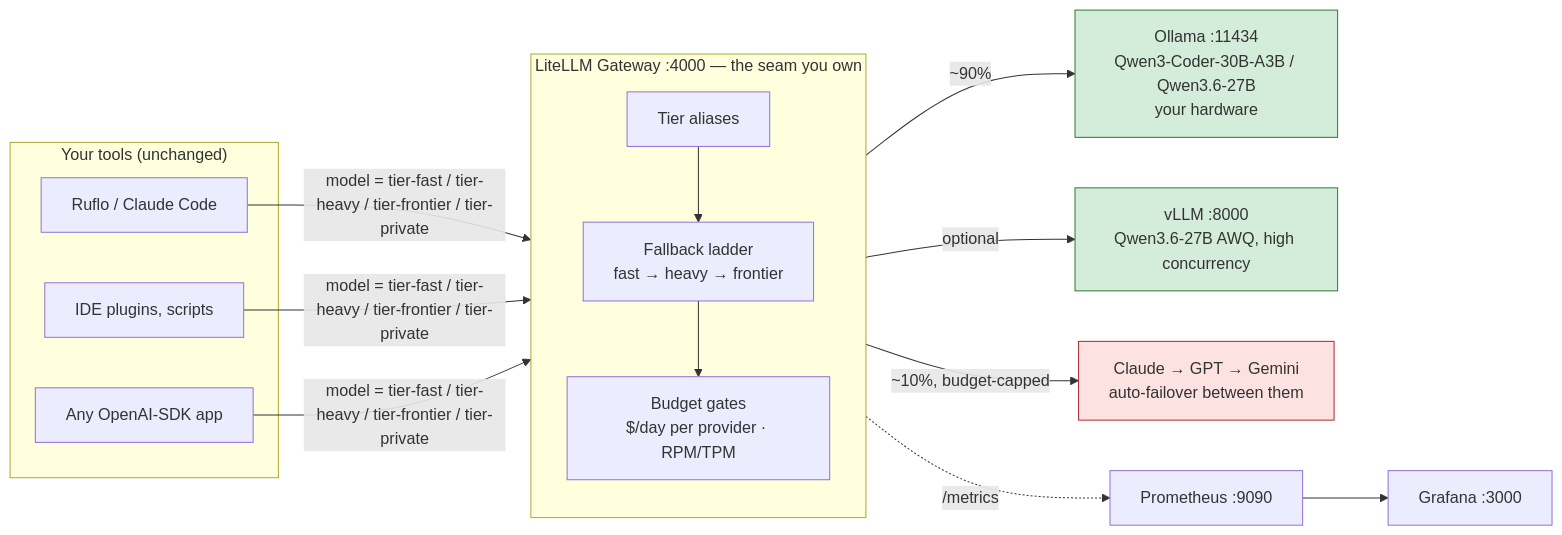
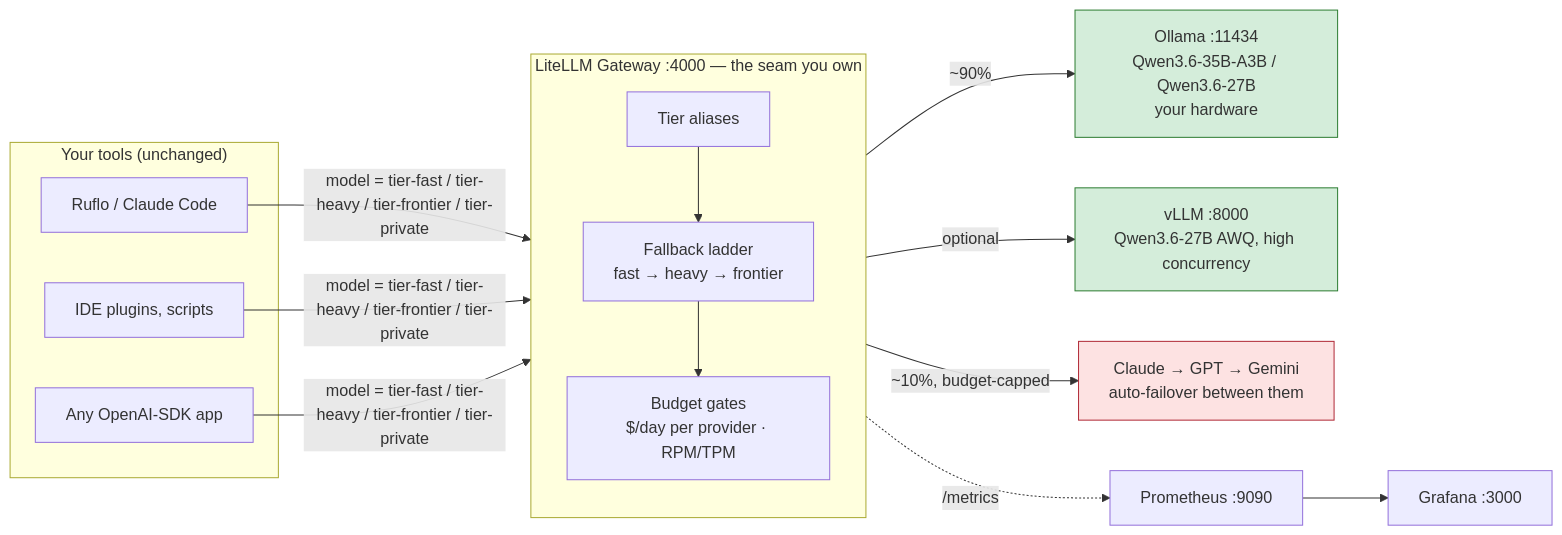
The first of 2 diagrams in docs/archive/GUIDE.md (agentic-incubator/ruflo-local), drawn with Mermaid before and after one commit. The commit also changed other lines of this file and 107 other files, not shown here.

````diff
--- a/docs/archive/GUIDE.md
+++ b/docs/archive/GUIDE.md
@@ -24,25 +24,25 @@
 ```mermaid
 flowchart LR
     subgraph CLIENTS["Your tools (unchanged)"]
         C1[Ruflo / Claude Code]
         C2[IDE plugins, scripts]
         C3[Any OpenAI-SDK app]
     end
 
     C1 & C2 & C3 -->|"model = tier-fast / tier-heavy / tier-frontier / tier-private"| GW
 
     subgraph GW["LiteLLM Gateway :4000 — the seam you own"]
         AL["Tier aliases"] --> FB["Fallback ladder<br/>fast → heavy → frontier"]
         FB --> BG["Budget gates<br/>$/day per provider · RPM/TPM"]
     end
 
-    GW -->|"~90%"| L1["Ollama :11434<br/>Qwen3-Coder-30B-A3B / Qwen3.6-27B<br/>your hardware"]
+    GW -->|"~90%"| L1["Ollama :11434<br/>Qwen3.6-35B-A3B / Qwen3.6-27B<br/>your hardware"]
     GW -->|"optional"| L2["vLLM :8000<br/>Qwen3.6-27B AWQ, high concurrency"]
     GW -->|"~10%, budget-capped"| F["Claude → GPT → Gemini<br/>auto-failover between them"]
 
     GW -.->|/metrics| P[Prometheus :9090] --> G[Grafana :3000]
 
     style L1 fill:#d4edda,stroke:#2e7d32
     style L2 fill:#d4edda,stroke:#2e7d32
     style F fill:#fde2e2,stroke:#b02a37
 ```
````
